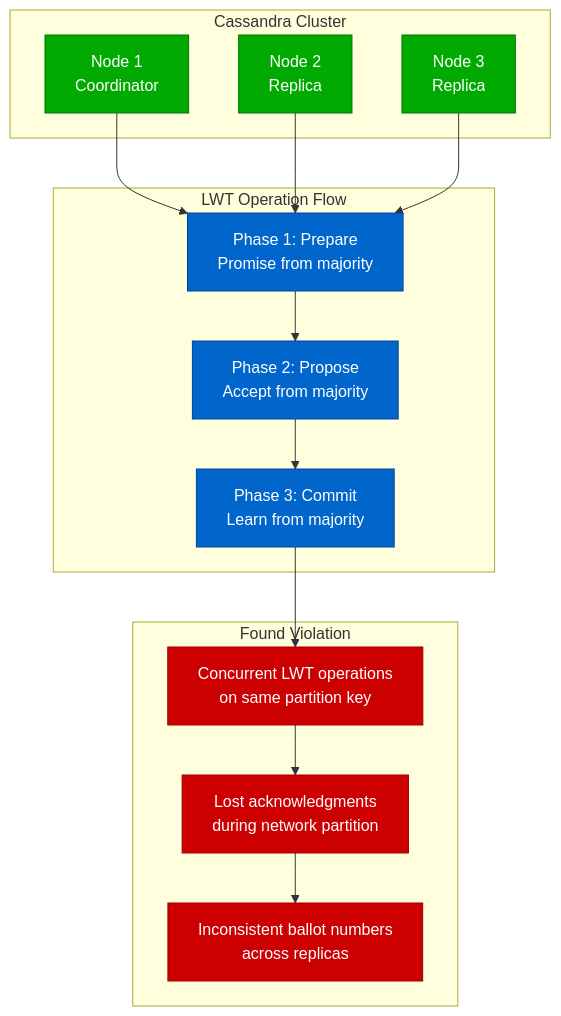
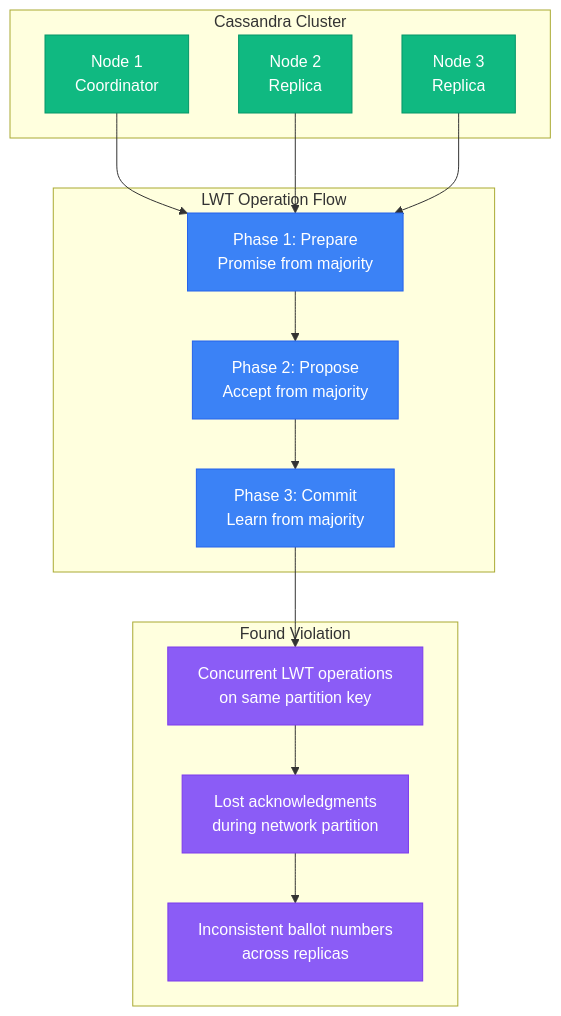
One commit to deepaucksharma/DS changed the ninth of 10 diagrams in site/docs/guarantees/linearizability/linearizability-verification.md. Above: the diagram before and after it, drawn with Mermaid. The commit also changed other lines of this file and 303 other files, not shown here.

````diff
--- a/site/docs/guarantees/linearizability/linearizability-verification.md
+++ b/site/docs/guarantees/linearizability/linearizability-verification.md
@@ -422,39 +422,39 @@
 ```mermaid
 graph TB
     subgraph CassandraCluster[Cassandra Cluster]
         N1[Node 1<br/>Coordinator]
         N2[Node 2<br/>Replica]
         N3[Node 3<br/>Replica]
     end
 
     subgraph LWTOperation[LWT Operation Flow]
         P1[Phase 1: Prepare<br/>Promise from majority]
         P2[Phase 2: Propose<br/>Accept from majority]
         P3[Phase 3: Commit<br/>Learn from majority]
     end
 
     subgraph Violation[Found Violation]
         V1[Concurrent LWT operations<br/>on same partition key]
         V2[Lost acknowledgments<br/>during network partition]
         V3[Inconsistent ballot numbers<br/>across replicas]
     end
 
     N1 --> P1
     N2 --> P1
     N3 --> P1
 
     P1 --> P2
     P2 --> P3
 
     P3 --> V1
     V1 --> V2
     V2 --> V3
 
-    classDef nodeStyle fill:#00AA00,stroke:#007700,color:#fff
-    classDef operationStyle fill:#0066CC,stroke:#004499,color:#fff
-    classDef violationStyle fill:#CC0000,stroke:#990000,color:#fff
+    classDef nodeStyle fill:#10B981,stroke:#059669,color:#fff
+    classDef operationStyle fill:#3B82F6,stroke:#2563EB,color:#fff
+    classDef violationStyle fill:#8B5CF6,stroke:#7C3AED,color:#fff
 
     class N1,N2,N3 nodeStyle
     class P1,P2,P3 operationStyle
     class V1,V2,V3 violationStyle
 ```
````
